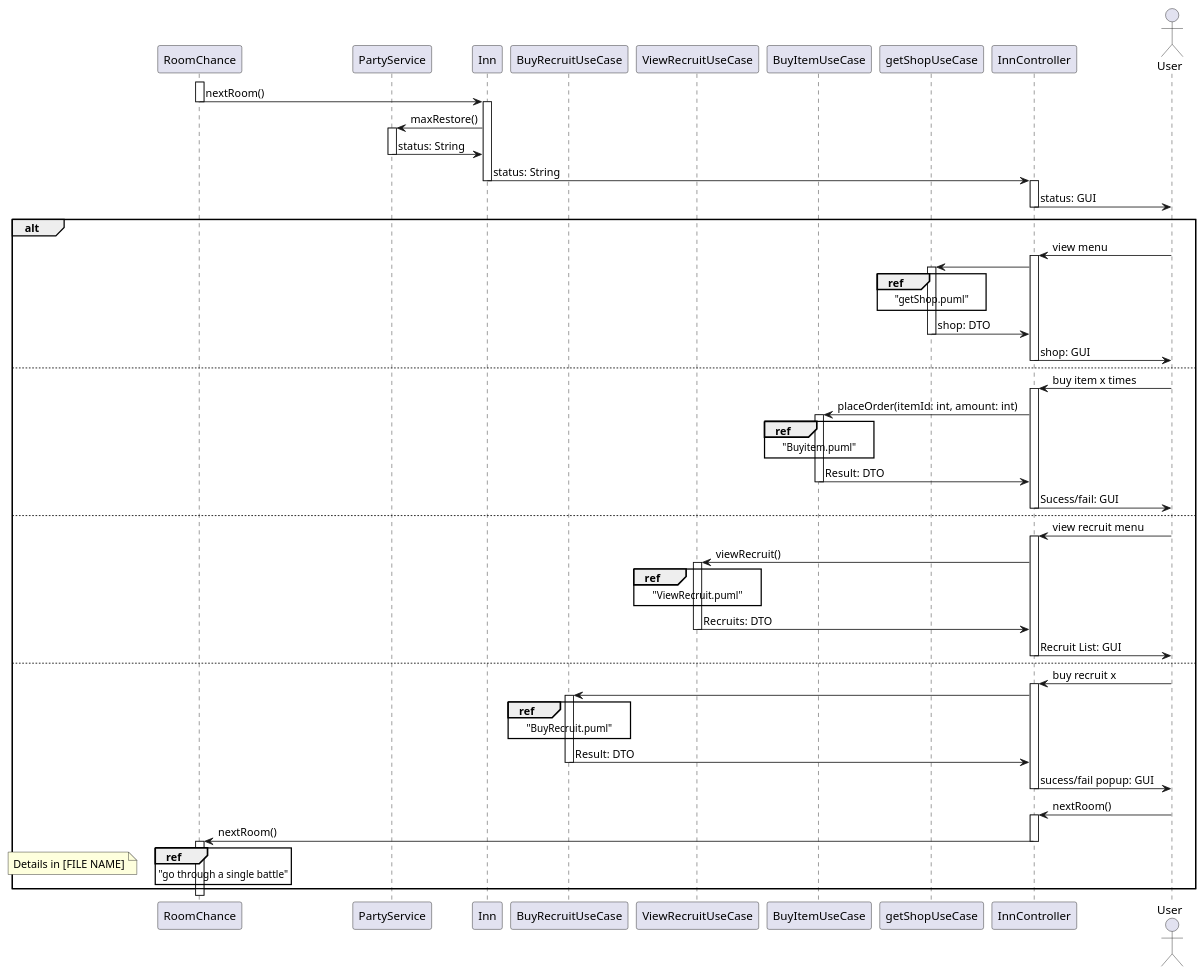
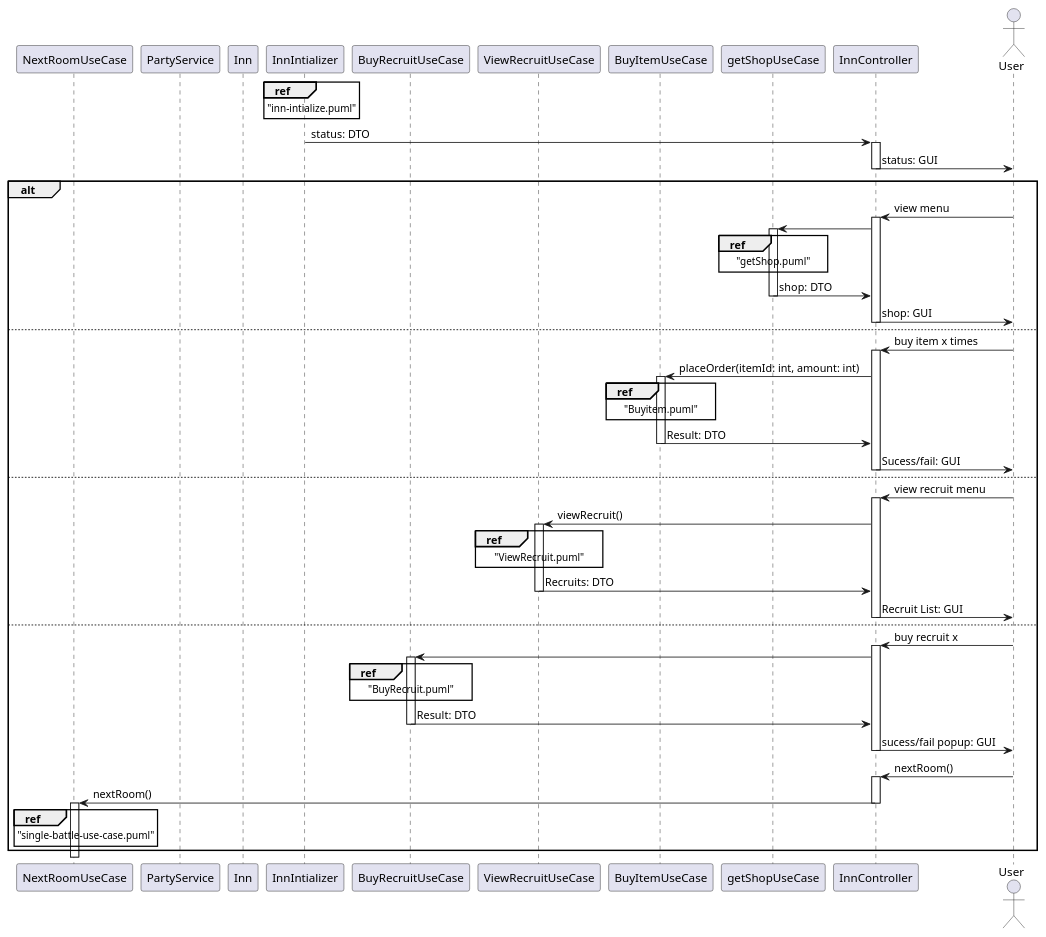
Before and after one commit to JosefG50/2203-Legends-of-Sword-and-Wand: the diagram in rpg-legends/docs/uml/services/campaign-progression/sequence/interact-with-inn.puml, drawn with PlantUML. The commit also changed 6 other files, not shown here.

Commit message:
[chore] renamed seqeuence diagrams and added inn-intialize.puml

```diff
--- a/rpg-legends/docs/uml/services/campaign-progression/sequence/interact-with-inn.puml
+++ b/rpg-legends/docs/uml/services/campaign-progression/sequence/interact-with-inn.puml
@@ -1,104 +1,94 @@
 @startuml interact with Inn
 
-participant RoomChance
+participant NextRoomUseCase
 
 ' Inn is concrete that the user 
 participant PartyService
 participant Inn
+participant InnIntializer
 participant BuyRecruitUseCase
 participant ViewRecruitUseCase
 participant BuyItemUseCase
 participant getShopUseCase
 participant InnController
 actor User
 
 
-' RoomChance selects Inn
-activate RoomChance
-RoomChance -> Inn: nextRoom()
-deactivate RoomChance
-activate Inn
+' NextRoomUseCase selects Inn
 
-Inn -> PartyService: maxRestore()
-activate PartyService
-
-
-PartyService -> Inn: status: String
-deactivate PartyService
-Inn -> InnController: status: String 
-deactivate Inn
+ref over InnIntializer: "inn-intialize.puml"
+InnIntializer -> InnController: status: DTO 
+deactivate InnIntializer
 activate InnController
 
 
 InnController -> User: status: GUI
 deactivate InnController
 ' User given option to pick one of many different commands
 
 alt
 ' User wants to View Shop
 User -> InnController: view menu
 activate InnController
 
 InnController -> getShopUseCase
 activate getShopUseCase
 ref over getShopUseCase:"getShop.puml"
 getShopUseCase -> InnController: shop: DTO
 deactivate getShopUseCase
 InnController -> User: shop: GUI
 deactivate InnController
 
 else
 ' User attempts to buy item
 User -> InnController: buy item x times
 activate InnController
 ' Checks if they have enough gold
 InnController -> BuyItemUseCase: placeOrder(itemId: int, amount: int)
 activate BuyItemUseCase
 ref over BuyItemUseCase: "Buyitem.puml"
 BuyItemUseCase -> InnController: Result: DTO
 deactivate BuyItemUseCase 
 InnController -> User: Sucess/fail: GUI
 deactivate InnController
 
 
 else
 
 ' view recuitment
 User -> InnController: view recruit menu
 activate InnController
 InnController -> ViewRecruitUseCase: viewRecruit()
 activate ViewRecruitUseCase
 ref over ViewRecruitUseCase: "ViewRecruit.puml"
 ViewRecruitUseCase -> InnController: Recruits: DTO
 deactivate ViewRecruitUseCase
 InnController -> User: Recruit List: GUI
 deactivate InnController
 
 else
 ' User attempts to recruit
 User -> InnController: buy recruit x
 activate InnController
 InnController -> BuyRecruitUseCase
 activate BuyRecruitUseCase
 ref over BuyRecruitUseCase: "BuyRecruit.puml"
 ' First, Attempts to buy Recruit
 BuyRecruitUseCase -> InnController: Result: DTO
 deactivate BuyRecruitUseCase
 InnController -> User: sucess/fail popup: GUI
 deactivate InnController
 
 
 'Go to Next Room
 User -> InnController: nextRoom()
 activate InnController
-InnController -> RoomChance: nextRoom()
+InnController -> NextRoomUseCase: nextRoom()
 deactivate InnController
-activate RoomChance
+activate NextRoomUseCase
 
-ref over RoomChance:"go through a single battle"
-    note left 
-        Details in [FILE NAME]
-    end note 
-deactivate RoomChance
+ref over NextRoomUseCase:"single-battle-use-case.puml"
+
+deactivate NextRoomUseCase
 end
 @enduml
```
